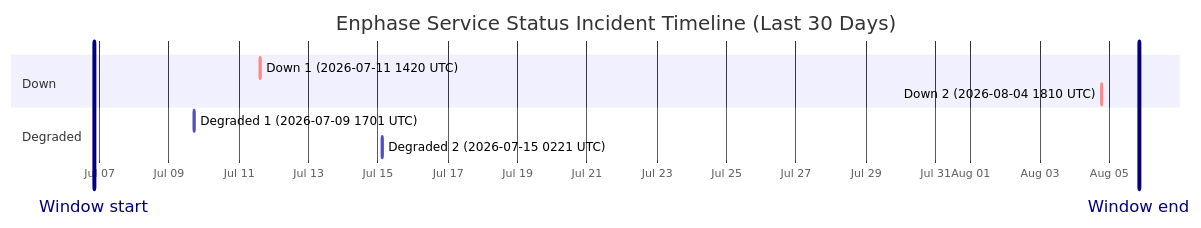
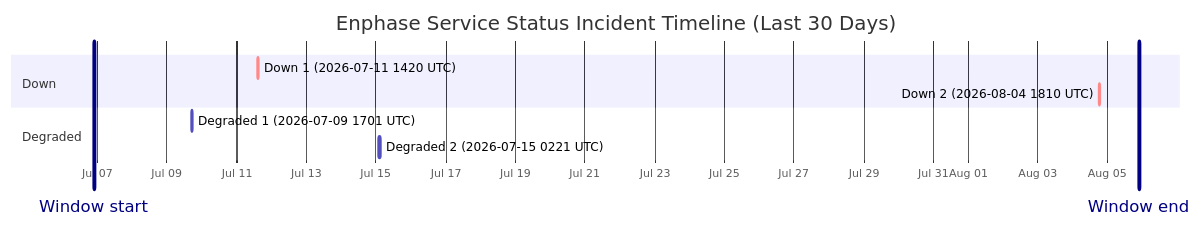
One commit to barneyonline/ha-enphase-energy changed the diagram in wiki/Service-Status-History.md. Above: the diagram before and after it, drawn with Mermaid. The commit also changed other lines of this file and 3 other files, not shown here.

````diff
--- a/wiki/Service-Status-History.md
+++ b/wiki/Service-Status-History.md
@@ -14,14 +14,14 @@
 ```mermaid
 gantt
     title Enphase Service Status Incident Timeline (Last 30 Days)
     dateFormat  YYYY-MM-DDTHH:mm:ss
     axisFormat  %b %d
-    Window start :vert, window-start, 2026-07-06T20:06:58, 0ms
-    Window end :vert, window-end, 2026-08-05T20:06:58, 0ms
+    Window start :vert, window-start, 2026-07-06T21:45:33, 0ms
+    Window end :vert, window-end, 2026-08-05T21:45:33, 0ms
     section Down
     Down 1 (2026-07-11 1420 UTC) :crit, down-1, 2026-07-11T14:20:54, 69m
     Down 2 (2026-08-04 1810 UTC) :crit, down-2, 2026-08-04T18:10:46, 60m
     section Degraded
     Degraded 1 (2026-07-09 1701 UTC) :active, degraded-1, 2026-07-09T17:01:02, 60m
     Degraded 2 (2026-07-15 0221 UTC) :active, degraded-2, 2026-07-15T02:21:35, 60m
 ```
````
